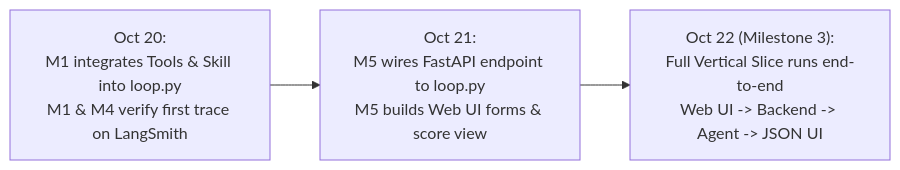
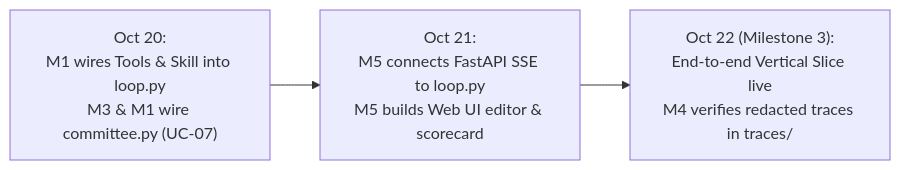
Before and after one commit to nguyenlam0909575475-tech/SE373-IELTS-Learning-Agent: the fourth of 5 diagrams in Phase_1_Process_and_Tasks.md, drawn with Mermaid. The commit also changed other lines of this file and 48 other files, not shown here.

Commit message:
feat(skills): add writing-assessment skill, deterministic checks, and committee workflow

````diff
--- a/Phase_1_Process_and_Tasks.md
+++ b/Phase_1_Process_and_Tasks.md
@@ -158,5 +283,5 @@
 ```mermaid
 flowchart LR
-    A["Oct 20:<br/>M1 integrates Tools & Skill into loop.py<br/>M1 & M4 verify first trace on LangSmith"] --> B["Oct 21:<br/>M5 wires FastAPI endpoint to loop.py<br/>M5 builds Web UI forms & score view"]
-    B --> C["Oct 22 (Milestone 3):<br/>Full Vertical Slice runs end-to-end<br/>Web UI -> Backend -> Agent -> JSON UI"]
+    A["Oct 20:<br/>M1 wires Tools & Skill into loop.py<br/>M3 & M1 wire committee.py (UC-07)"] --> B["Oct 21:<br/>M5 connects FastAPI SSE to loop.py<br/>M5 builds Web UI editor & scorecard"]
+    B --> C["Oct 22 (Milestone 3):<br/>End-to-end Vertical Slice live<br/>M4 verifies redacted traces in traces/"]
 ```
````
